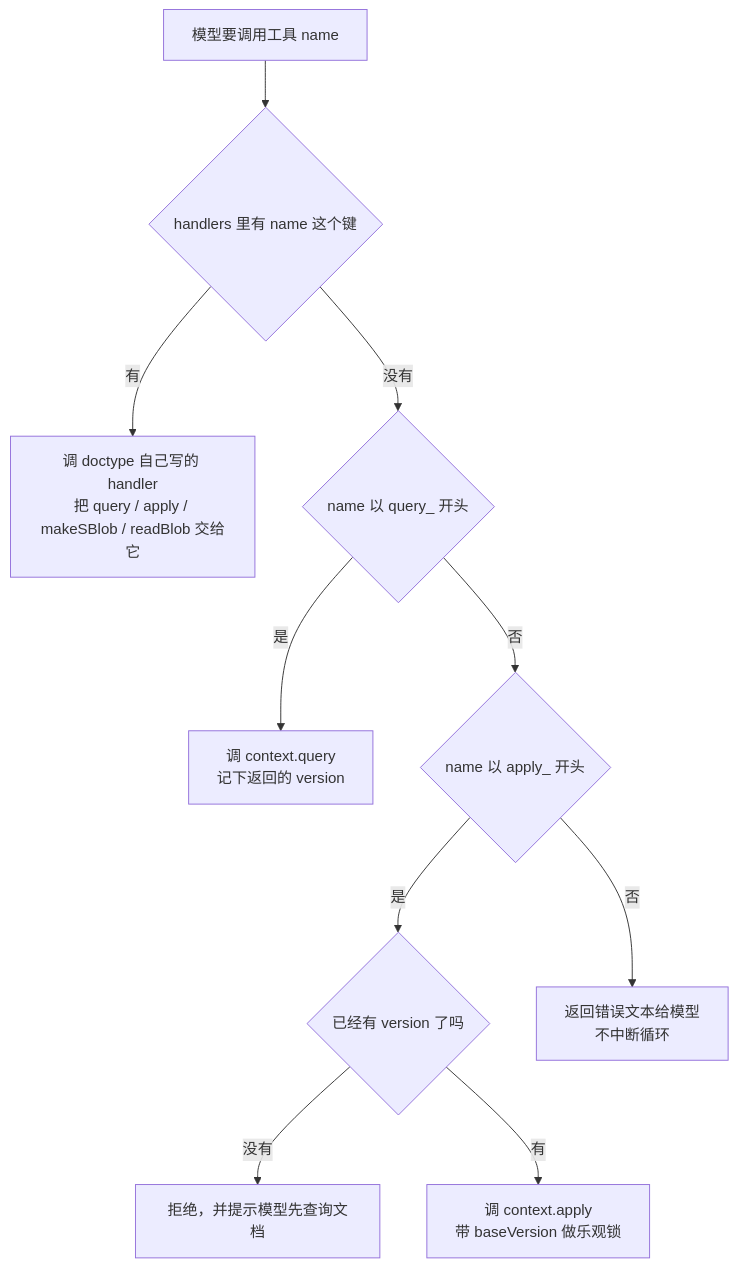
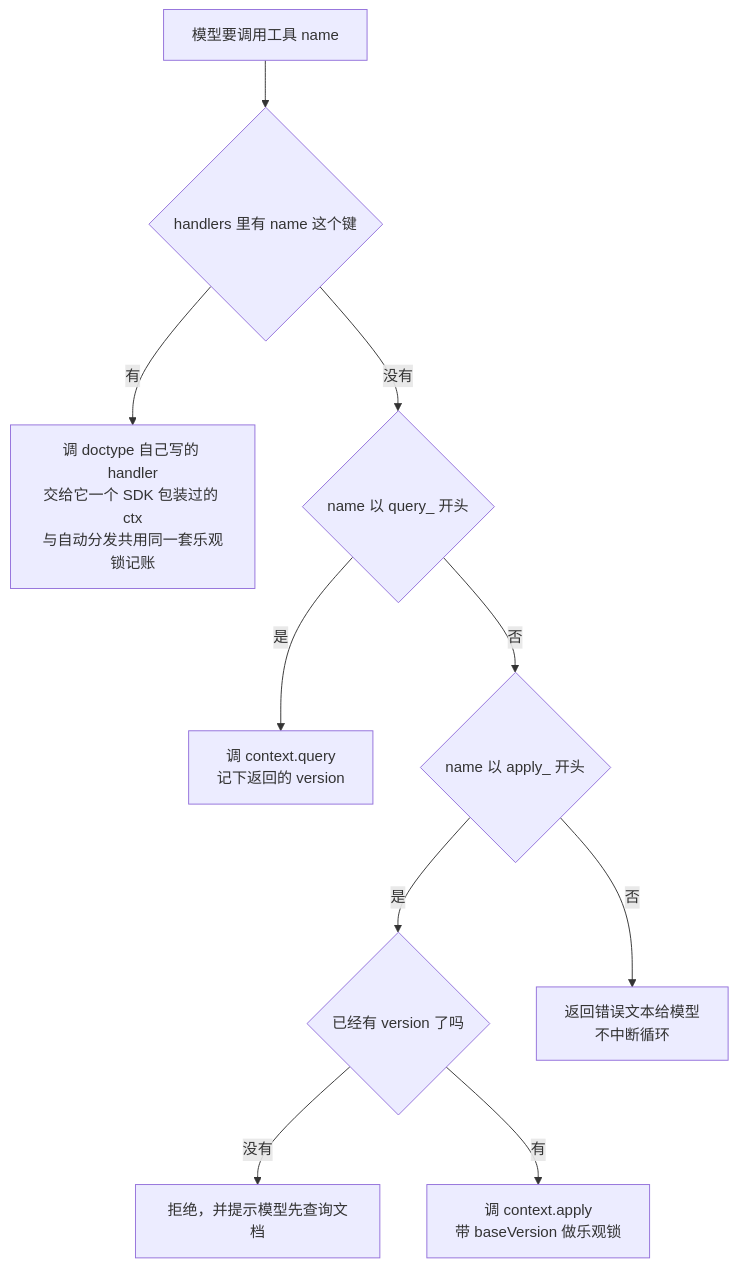
Before and after one commit to shazhou-ww/unidocs: the fifth of 11 diagrams in docs/superpowers/specs/2026-08-26-agent-sdk-design.md, drawn with Mermaid. The commit also changed other lines of this file, not shown here.

First line of the commit message:
docs(agent-sdk): 更正动机陈述,补 docx 参数转换这一漏掉的约束

````diff
--- a/docs/superpowers/specs/2026-08-26-agent-sdk-design.md
+++ b/docs/superpowers/specs/2026-08-26-agent-sdk-design.md
@@ -253,12 +321,12 @@
 ```mermaid
 flowchart TB
     START["模型要调用工具 name"] --> H{"handlers 里有 name 这个键"}
-    H -->|有| CALL["调 doctype 自己写的 handler<br/>把 query / apply / makeSBlob / readBlob 交给它"]
+    H -->|有| CALL["调 doctype 自己写的 handler<br/>交给它一个 SDK 包装过的 ctx<br/>与自动分发共用同一套乐观锁记账"]
     H -->|没有| Q{"name 以 query_ 开头"}
     Q -->|是| DOQ["调 context.query<br/>记下返回的 version"]
     Q -->|否| AP{"name 以 apply_ 开头"}
     AP -->|是| V{"已经有 version 了吗"}
     AP -->|否| ERR["返回错误文本给模型<br/>不中断循环"]
     V -->|没有| REFUSE["拒绝，并提示模型先查询文档"]
     V -->|有| DOA["调 context.apply<br/>带 baseVersion 做乐观锁"]
 ```
````
